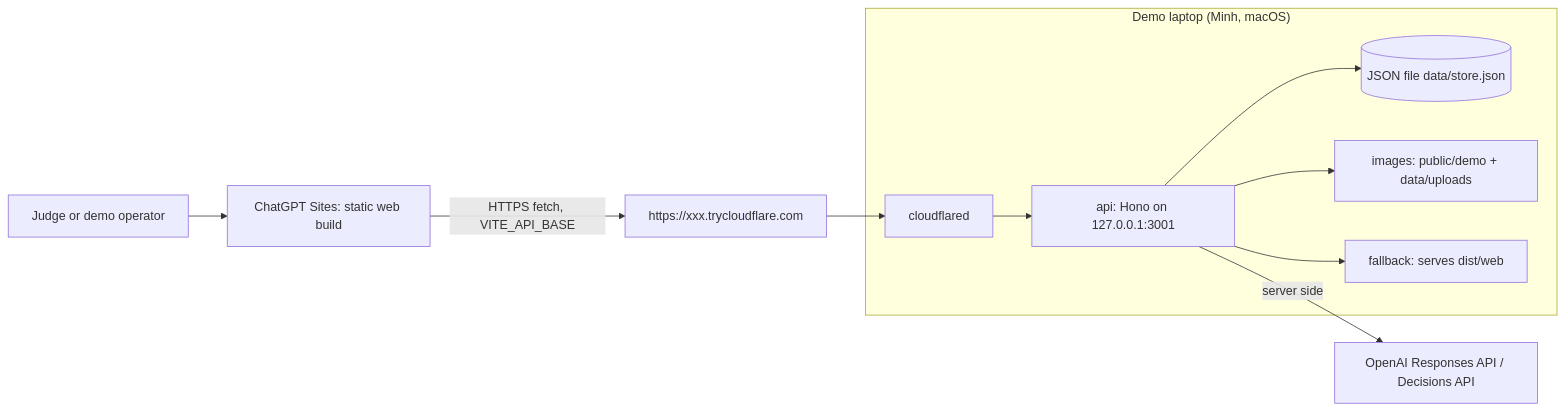
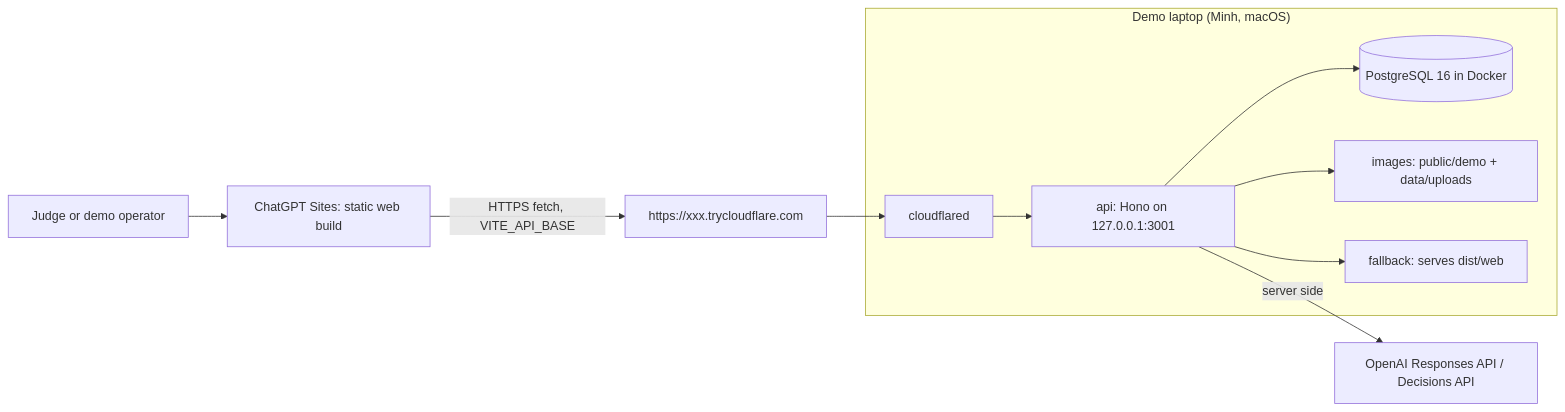
The diagram in docs/Architecture.md (Phonghigh/seaLion-codex-hackthon-sea-openai), drawn with Mermaid before and after one commit. The commit also changed other lines of this file and 4 other files, not shown here.

Commit message:
docs(PLAN03): store is Postgres 16 in Docker with Drizzle; CaseStore unchanged

````diff
--- a/docs/Architecture.md
+++ b/docs/Architecture.md
@@ -7,13 +7,13 @@
 ```mermaid
 flowchart LR
     Judge[Judge or demo operator] --> Site[ChatGPT Sites: static web build]
     Site -->|HTTPS fetch, VITE_API_BASE| Edge[https://xxx.trycloudflare.com]
     subgraph Mac["Demo laptop (Minh, macOS)"]
         Tunnel[cloudflared] --> API[api: Hono on 127.0.0.1:3001]
-        API --> DB[(JSON file data/store.json)]
+        API --> DB[(PostgreSQL 16 in Docker)]
         API --> Files[images: public/demo + data/uploads]
         API --> Dist[fallback: serves dist/web]
     end
     Edge --> Tunnel
     API -->|server side| OpenAI[OpenAI Responses API / Decisions API]
 ```
````
